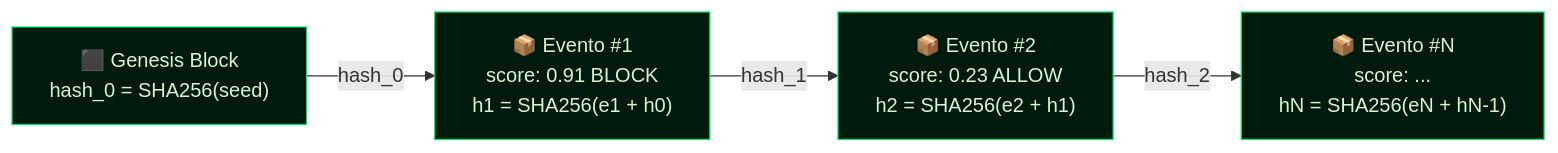
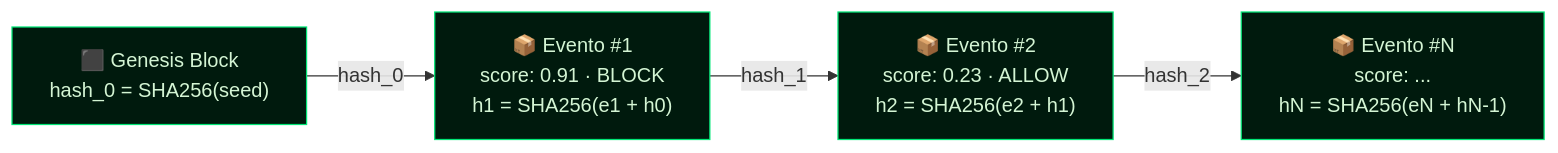
One commit to maykonlincolnusa/PIX-Fraud-RealTime changed the second of 2 diagrams in README.md. Above: the diagram before and after it, drawn with Mermaid. The commit also changed other lines of this file, not shown here.

````diff
--- a/README.md
+++ b/README.md
@@ -467,24 +469,24 @@
 ```mermaid
 graph LR
     G["⬛ Genesis Block
     hash_0 = SHA256(seed)"]
 
     E1["📦 Evento #1
-    score: 0.91  BLOCK
+    score: 0.91 · BLOCK
     h1 = SHA256(e1 + h0)"]
 
     E2["📦 Evento #2
-    score: 0.23  ALLOW
+    score: 0.23 · ALLOW
     h2 = SHA256(e2 + h1)"]
 
     EN["📦 Evento #N
     score: ...
     hN = SHA256(eN + hN-1)"]
 
-    G -->|"hash_0"| E1 -->|"hash_1"| E2 -->|"hash_2"| EN
+    G -->|hash_0| E1 -->|hash_1| E2 -->|hash_2| EN
 
     style G  fill:#001a0d,stroke:#00e676,color:#d4f5d4
     style E1 fill:#001a0d,stroke:#00e676,color:#d4f5d4
     style E2 fill:#001a0d,stroke:#00e676,color:#d4f5d4
     style EN fill:#001a0d,stroke:#00e676,color:#d4f5d4
 ```
````
